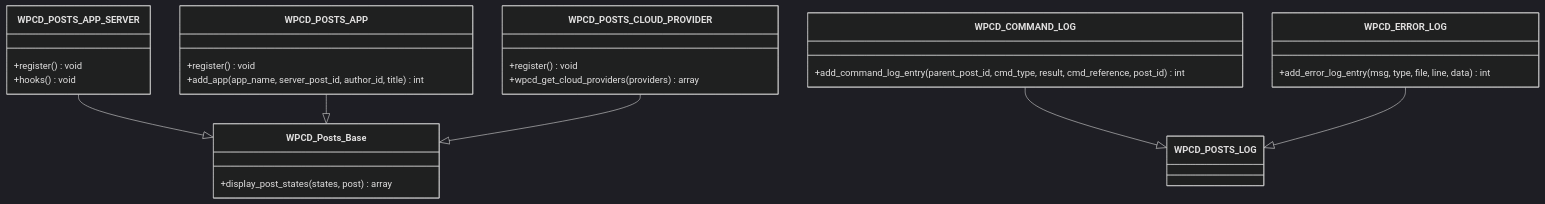
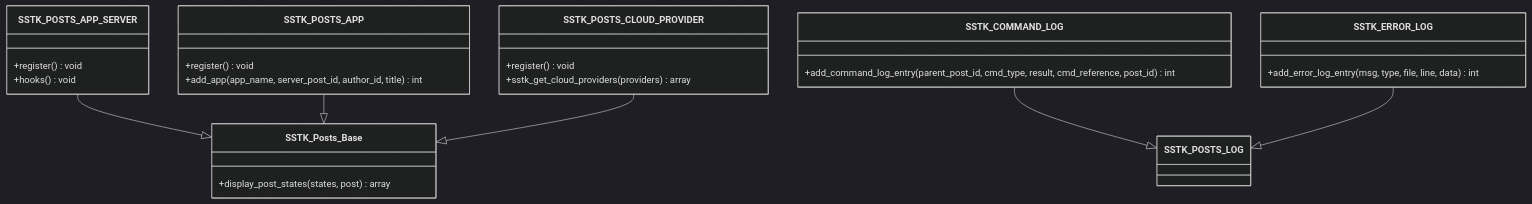
One commit to onedogsolutions/simple-stack changed the second of 10 diagrams in .qoder/repowiki/en/content/Core Components/Data Models & Post Types.md. Above: the diagram before and after it, drawn with Mermaid (dark theme). The commit also changed other lines of this file and 5941 other files, not shown here.

````diff
--- a/.qoder/repowiki/en/content/Core Components/Data Models & Post Types.md
+++ b/.qoder/repowiki/en/content/Core Components/Data Models & Post Types.md
@@ -100,29 +100,29 @@
 ```mermaid
 classDiagram
-class WPCD_Posts_Base {
+class SSTK_Posts_Base {
 +display_post_states(states, post) array
 }
-class WPCD_POSTS_APP_SERVER {
+class SSTK_POSTS_APP_SERVER {
 +register() void
 +hooks() void
 }
-class WPCD_POSTS_APP {
+class SSTK_POSTS_APP {
 +register() void
 +add_app(app_name, server_post_id, author_id, title) int
 }
-class WPCD_POSTS_CLOUD_PROVIDER {
+class SSTK_POSTS_CLOUD_PROVIDER {
 +register() void
-+wpcd_get_cloud_providers(providers) array
++sstk_get_cloud_providers(providers) array
 }
-class WPCD_COMMAND_LOG {
+class SSTK_COMMAND_LOG {
 +add_command_log_entry(parent_post_id, cmd_type, result, cmd_reference, post_id) int
 }
-class WPCD_ERROR_LOG {
+class SSTK_ERROR_LOG {
 +add_error_log_entry(msg, type, file, line, data) int
 }
-WPCD_POSTS_APP_SERVER --|> WPCD_Posts_Base
-WPCD_POSTS_APP --|> WPCD_Posts_Base
-WPCD_POSTS_CLOUD_PROVIDER --|> WPCD_Posts_Base
-WPCD_COMMAND_LOG --|> WPCD_POSTS_LOG
-WPCD_ERROR_LOG --|> WPCD_POSTS_LOG
+SSTK_POSTS_APP_SERVER --|> SSTK_Posts_Base
+SSTK_POSTS_APP --|> SSTK_Posts_Base
+SSTK_POSTS_CLOUD_PROVIDER --|> SSTK_Posts_Base
+SSTK_COMMAND_LOG --|> SSTK_POSTS_LOG
+SSTK_ERROR_LOG --|> SSTK_POSTS_LOG
 ```
````
